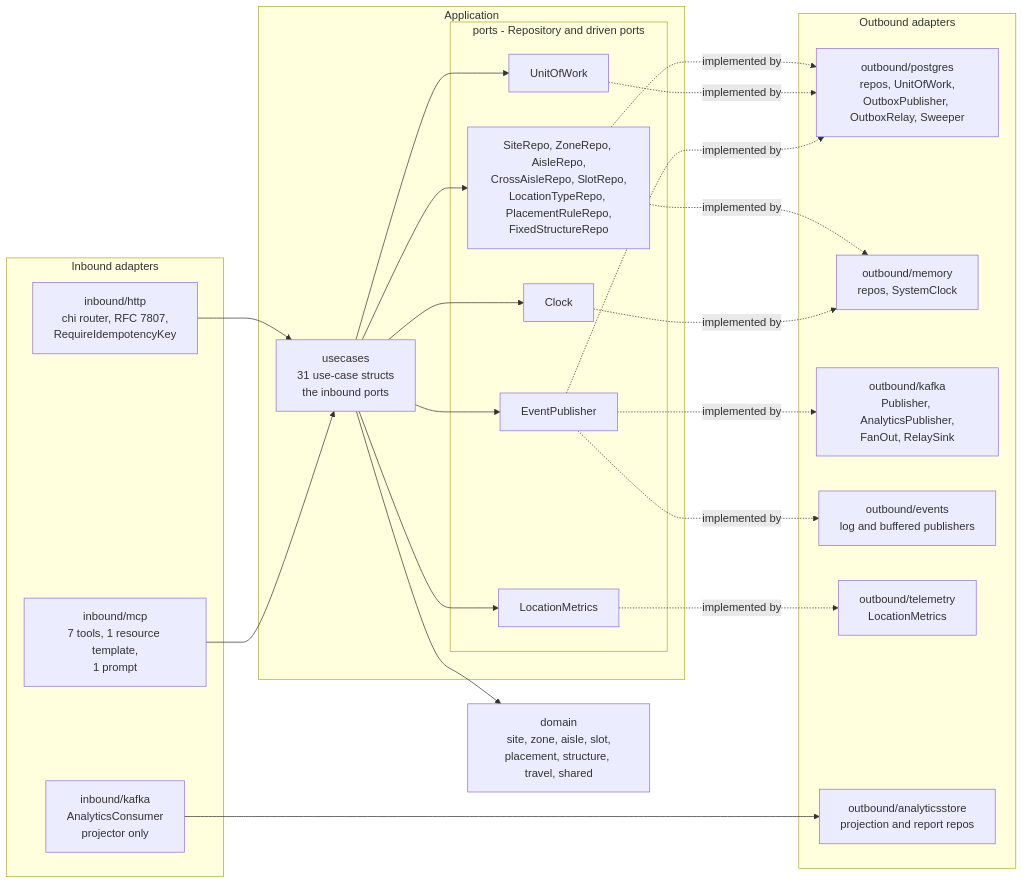
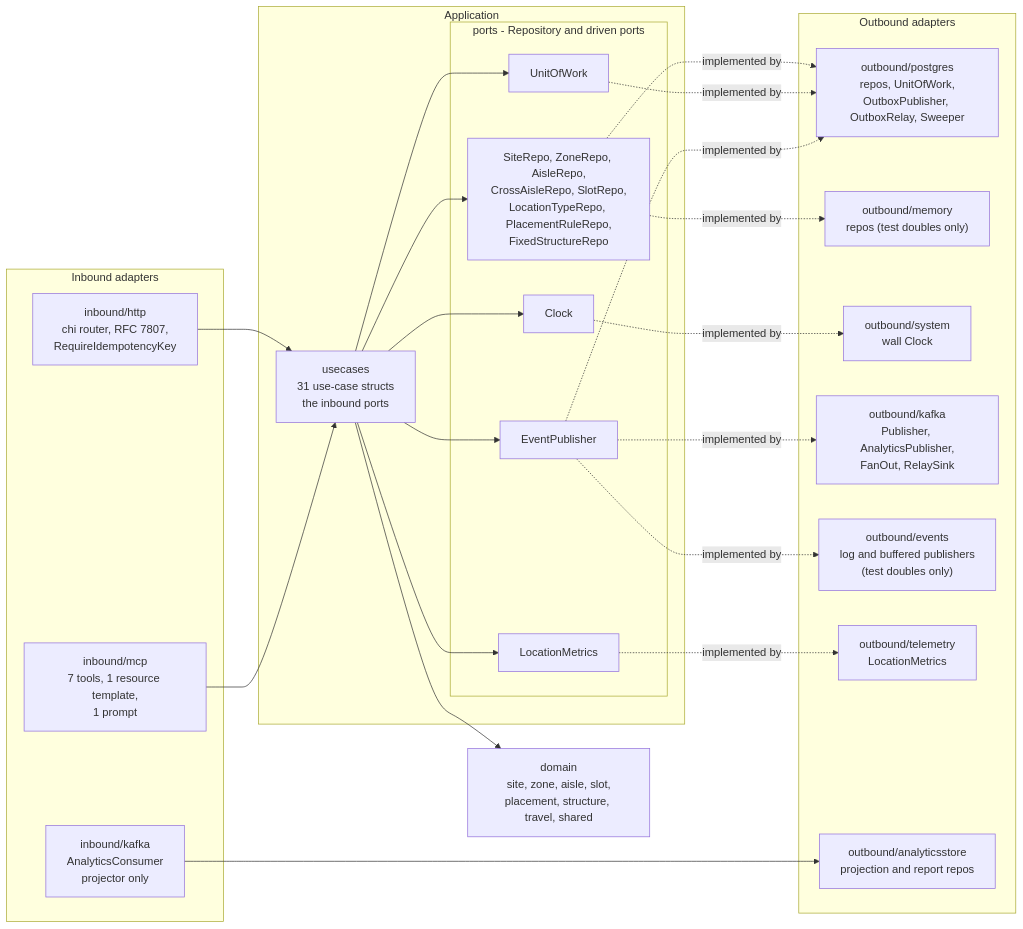
Before and after one commit to IQVO/warehouse-docs: the fourth of 4 diagrams in docs/contexts/facility-layout/class-diagram.md, drawn with Mermaid. The commit also changed other lines of this file and 237 other files, not shown here.

````diff
--- a/docs/contexts/facility-layout/class-diagram.md
+++ b/docs/contexts/facility-layout/class-diagram.md
@@ -443,48 +443,49 @@
 ```mermaid
 flowchart LR
     subgraph Inbound["Inbound adapters"]
         HTTP["inbound/http<br/>chi router, RFC 7807,<br/>RequireIdempotencyKey"]
         MCPA["inbound/mcp<br/>7 tools, 1 resource template,<br/>1 prompt"]
         KIN["inbound/kafka<br/>AnalyticsConsumer<br/>projector only"]
     end
 
     subgraph App["Application"]
         UC["usecases<br/>31 use-case structs<br/>the inbound ports"]
         subgraph Ports["ports - Repository and driven ports"]
             REPO["SiteRepo, ZoneRepo, AisleRepo,<br/>CrossAisleRepo, SlotRepo,<br/>LocationTypeRepo, PlacementRuleRepo,<br/>FixedStructureRepo"]
             PUB["EventPublisher"]
             UOW["UnitOfWork"]
             CLK["Clock"]
             MET["LocationMetrics"]
         end
     end
 
     DOM["domain<br/>site, zone, aisle, slot,<br/>placement, structure, travel, shared"]
 
     subgraph Outbound["Outbound adapters"]
         PG["outbound/postgres<br/>repos, UnitOfWork,<br/>OutboxPublisher, OutboxRelay, Sweeper"]
-        MEM["outbound/memory<br/>repos, SystemClock"]
+        MEM["outbound/memory<br/>repos (test doubles only)"]
+        SYS["outbound/system<br/>wall Clock"]
         KF["outbound/kafka<br/>Publisher, AnalyticsPublisher,<br/>FanOut, RelaySink"]
-        EV["outbound/events<br/>log and buffered publishers"]
+        EV["outbound/events<br/>log and buffered publishers<br/>(test doubles only)"]
         TEL["outbound/telemetry<br/>LocationMetrics"]
         AS["outbound/analyticsstore<br/>projection and report repos"]
     end
 
     HTTP --> UC
     MCPA --> UC
     UC --> DOM
     UC --> REPO
     UC --> PUB
     UC --> UOW
     UC --> CLK
     UC --> MET
     REPO -.implemented by.-> PG
     REPO -.implemented by.-> MEM
     UOW -.implemented by.-> PG
     PUB -.implemented by.-> PG
     PUB -.implemented by.-> KF
     PUB -.implemented by.-> EV
-    CLK -.implemented by.-> MEM
+    CLK -.implemented by.-> SYS
     MET -.implemented by.-> TEL
     KIN --> AS
 ```
````
